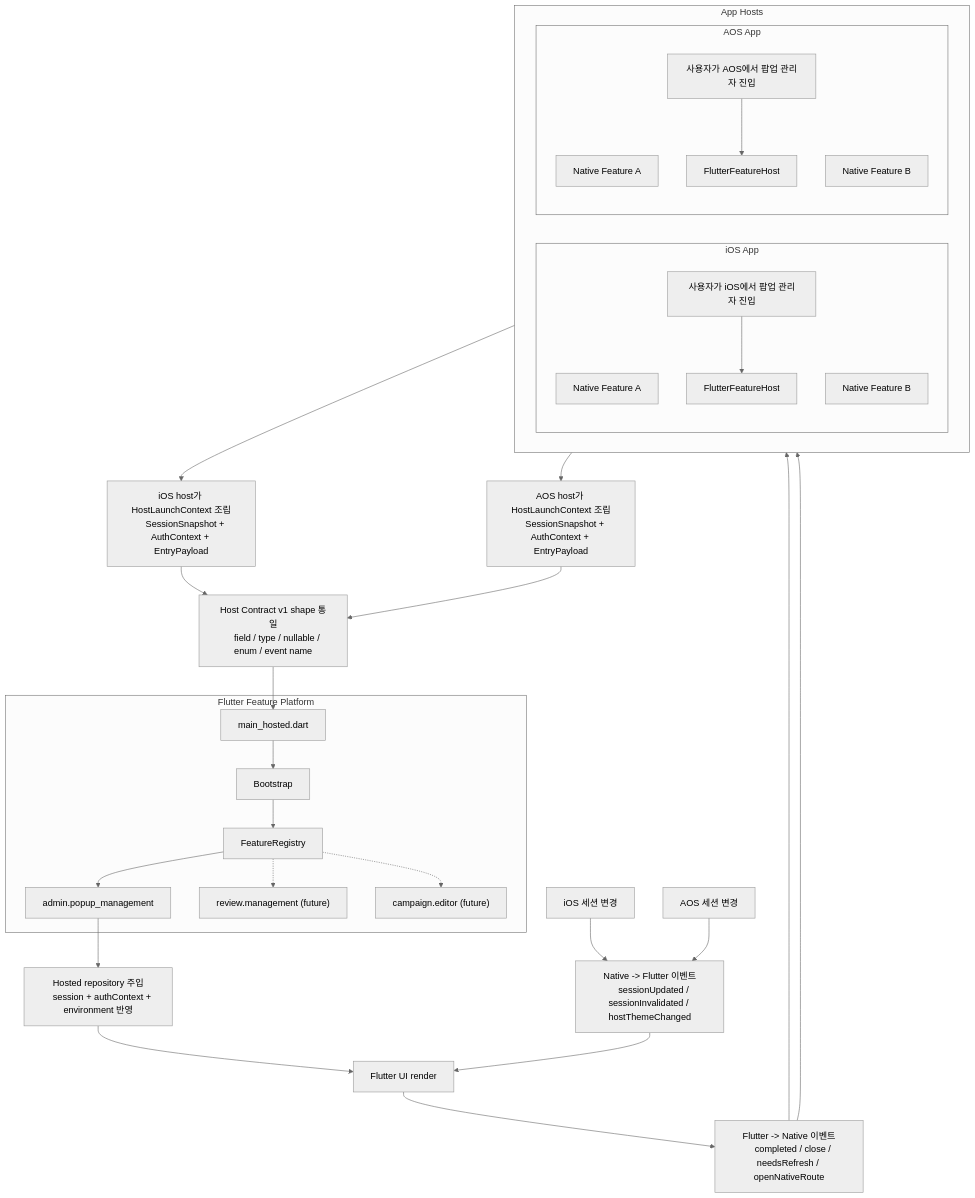
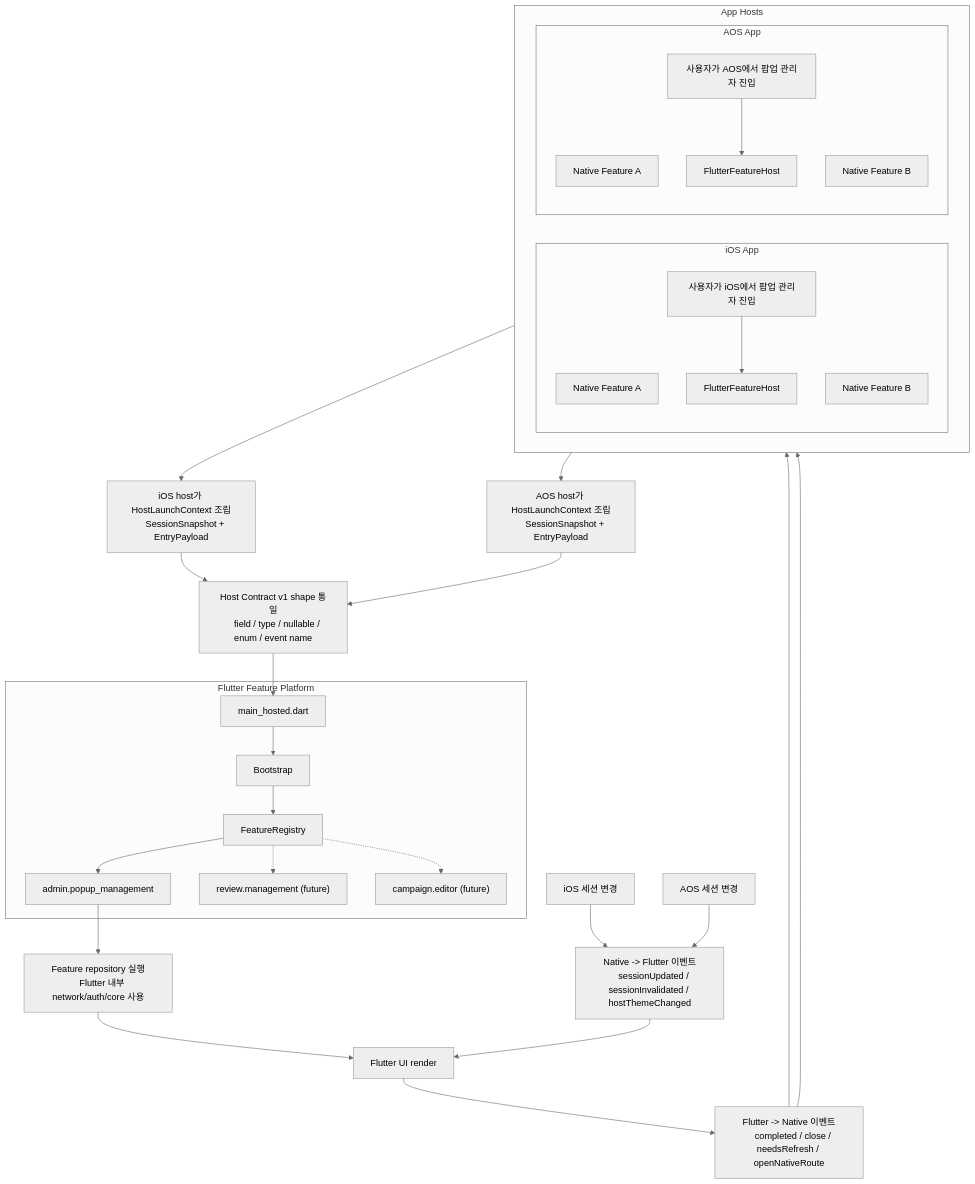
The diagram in README.md (team-PopPang/PopPang-Flutter), drawn with Mermaid (neutral theme) before and after one commit. The commit also changed other lines of this file, not shown here.

````diff
--- a/README.md
+++ b/README.md
@@ -661,62 +638,62 @@
 ```mermaid
 flowchart TD
     subgraph HOSTS["App Hosts"]
         direction LR
 
         subgraph IOS["iOS App"]
             direction TB
             I1["Native Feature A"]
             I2["Native Feature B"]
             U1["사용자가 iOS에서 팝업 관리자 진입"]
             I3["FlutterFeatureHost"]
         end
 
         subgraph AOS["AOS App"]
             direction TB
             A1["Native Feature A"]
             A2["Native Feature B"]
             U2["사용자가 AOS에서 팝업 관리자 진입"]
             A3["FlutterFeatureHost"]
         end
     end
 
     I3 --> H1["iOS host가 HostLaunchContext 조립
-    SessionSnapshot + AuthContext + EntryPayload"]
+    SessionSnapshot + EntryPayload"]
     A3 --> H2["AOS host가 HostLaunchContext 조립
-    SessionSnapshot + AuthContext + EntryPayload"]
+    SessionSnapshot + EntryPayload"]
 
     U1 --> I3
     U2 --> A3
 
     H1 --> C1["Host Contract v1 shape 통일
     field / type / nullable / enum / event name"]
     H2 --> C1
 
     subgraph FLUTTER["Flutter Feature Platform"]
         F1["main_hosted.dart"]
         F2["Bootstrap"]
         F3["FeatureRegistry"]
         F4["admin.popup_management"]
         F5["review.management (future)"]
         F6["campaign.editor (future)"]
     end
 
     C1 --> F1 --> F2 --> F3
     F3 --> F4
     F3 -.-> F5
     F3 -.-> F6
 
-    F4 --> R1["Hosted repository 주입
-    session + authContext + environment 반영"]
+    F4 --> R1["Feature repository 실행
+    Flutter 내부 network/auth/core 사용"]
     R1 --> UI1["Flutter UI render"]
 
     UI1 --> E1["Flutter -> Native 이벤트
     completed / close / needsRefresh / openNativeRoute"]
     E1 --> I3
     E1 --> A3
 
     I5["iOS 세션 변경"] --> E2["Native -> Flutter 이벤트
     sessionUpdated / sessionInvalidated / hostThemeChanged"]
     A5["AOS 세션 변경"] --> E2
     E2 --> UI1
 ```
````
